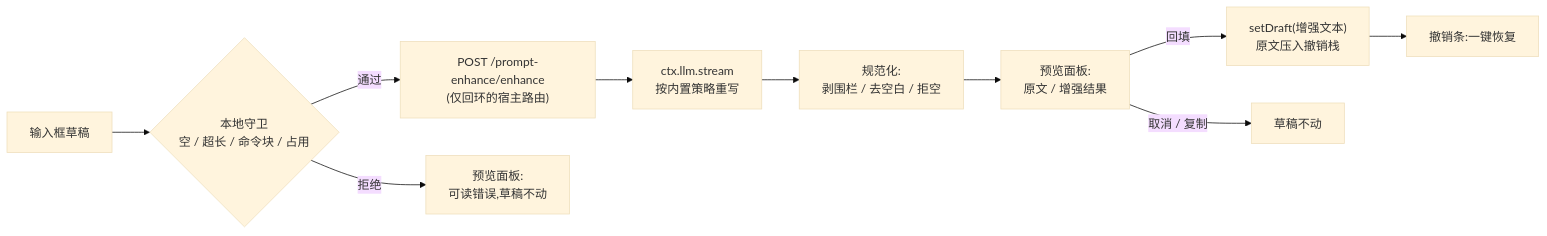
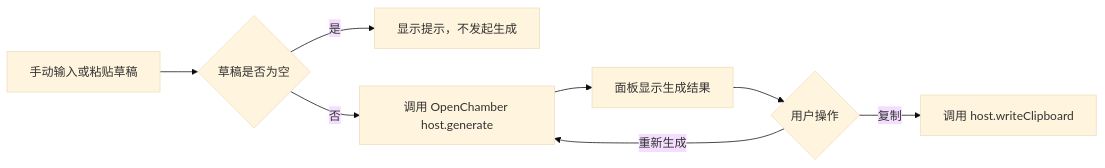
Before and after one commit to yhweb/openchamber-prompt-enhance: the diagram in README.zh-CN.md, drawn with Mermaid (base theme). The commit also changed other lines of this file and 1 other file, not shown here.

Commit message:
docs: align READMEs with OpenChamber extension

````diff
--- a/README.zh-CN.md
+++ b/README.zh-CN.md
@@ -45,12 +29,10 @@
 ```mermaid
 flowchart LR
-    A[输入框草稿] --> B{本地守卫<br/>空 / 超长 / 命令块 / 占用}
-    B -- 通过 --> C["POST /prompt-enhance/enhance<br/>(仅回环的宿主路由)"]
-    B -- 拒绝 --> P[预览面板:<br/>可读错误,草稿不动]
-    C --> D["ctx.llm.stream<br/>按内置策略重写"]
-    D --> E[规范化:<br/>剥围栏 / 去空白 / 拒空]
-    E --> F[预览面板:<br/>原文 / 增强结果]
-    F -- 回填 --> G["setDraft(增强文本)<br/>原文压入撤销栈"]
-    F -- 取消 / 复制 --> H[草稿不动]
-    G --> U[撤销条:一键恢复]
+    A[手动输入或粘贴草稿] --> B{草稿是否为空}
+    B -- 是 --> E[显示提示，不发起生成]
+    B -- 否 --> C[调用 OpenChamber host.generate]
+    C --> D[面板显示生成结果]
+    D --> F{用户操作}
+    F -- 重新生成 --> C
+    F -- 复制 --> G[调用 host.writeClipboard]
 ```
````
